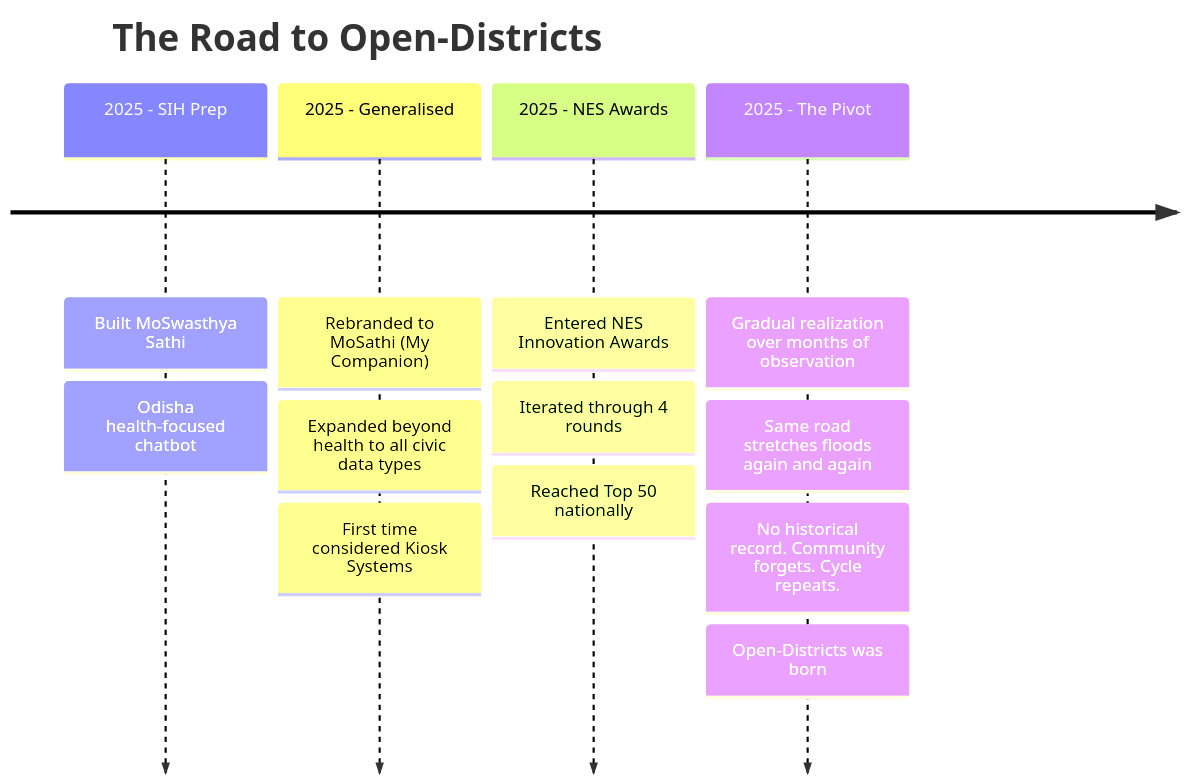
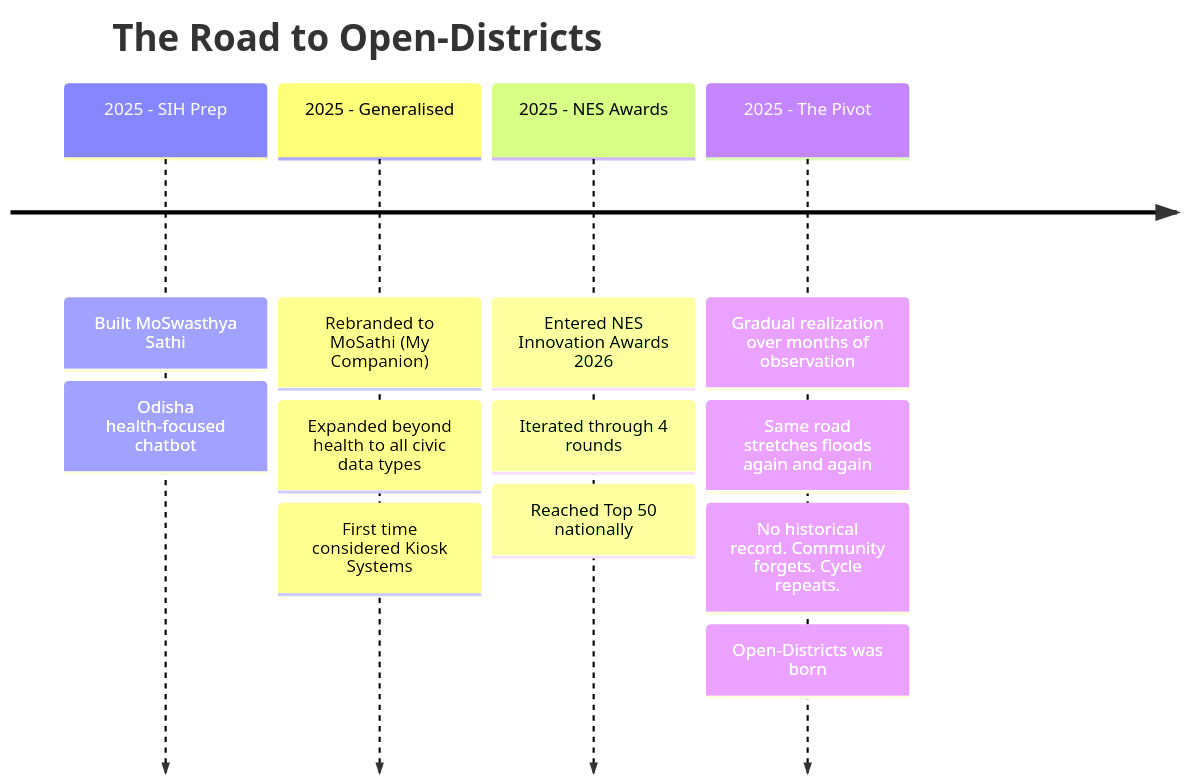
One commit to DataBoySu/Open-Districts changed the second of 2 diagrams in README.md. Above: the diagram before and after it, drawn with Mermaid. The commit also changed other lines of this file and 9 other files, not shown here.

````diff
--- a/README.md
+++ b/README.md
@@ -83,19 +83,19 @@
 ```mermaid
 timeline
     title The Road to Open-Districts
     2025 - SIH Prep : Built MoSwasthya Sathi
                     : Odisha health-focused chatbot
 
     2025 - Generalised : Rebranded to MoSathi (My Companion)
                        : Expanded beyond health to all civic data types
                        
                        : First time considered Kiosk Systems
 
-    2025 - NES Awards : Entered NES Innovation Awards
+    2025 - NES Awards : Entered NES Innovation Awards 2026
                       : Iterated through 4 rounds
                       : Reached Top 50 nationally
     2025 - The Pivot : Gradual realization over months of observation
                      : Same road stretches floods again and again
                      : No historical record. Community forgets. Cycle repeats.
                      : Open-Districts was born
 ```
````
